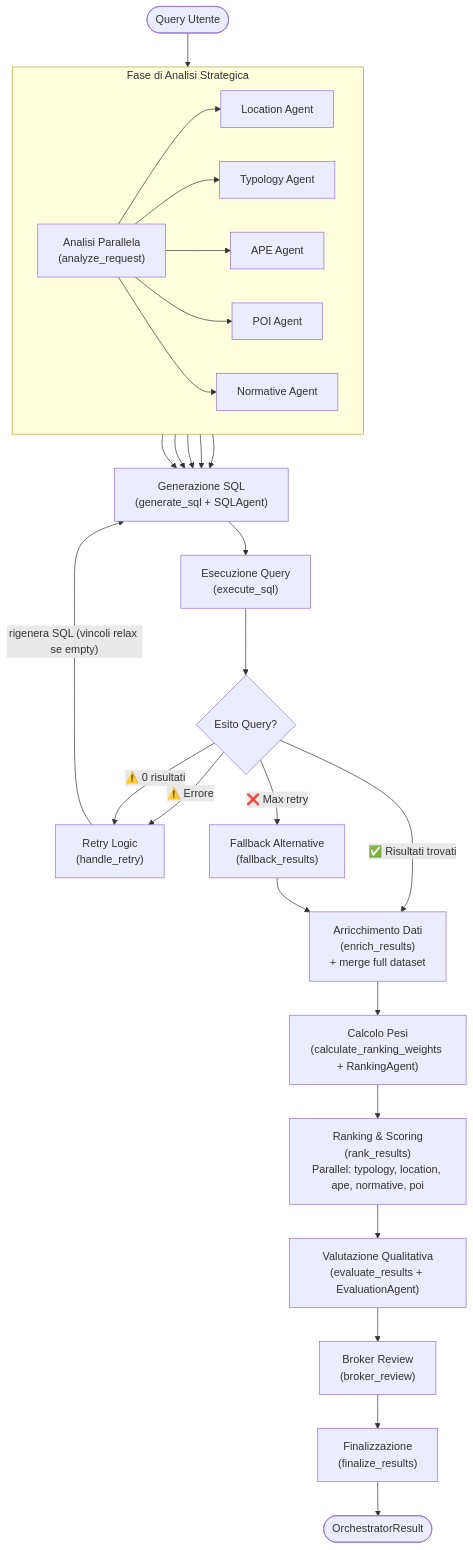
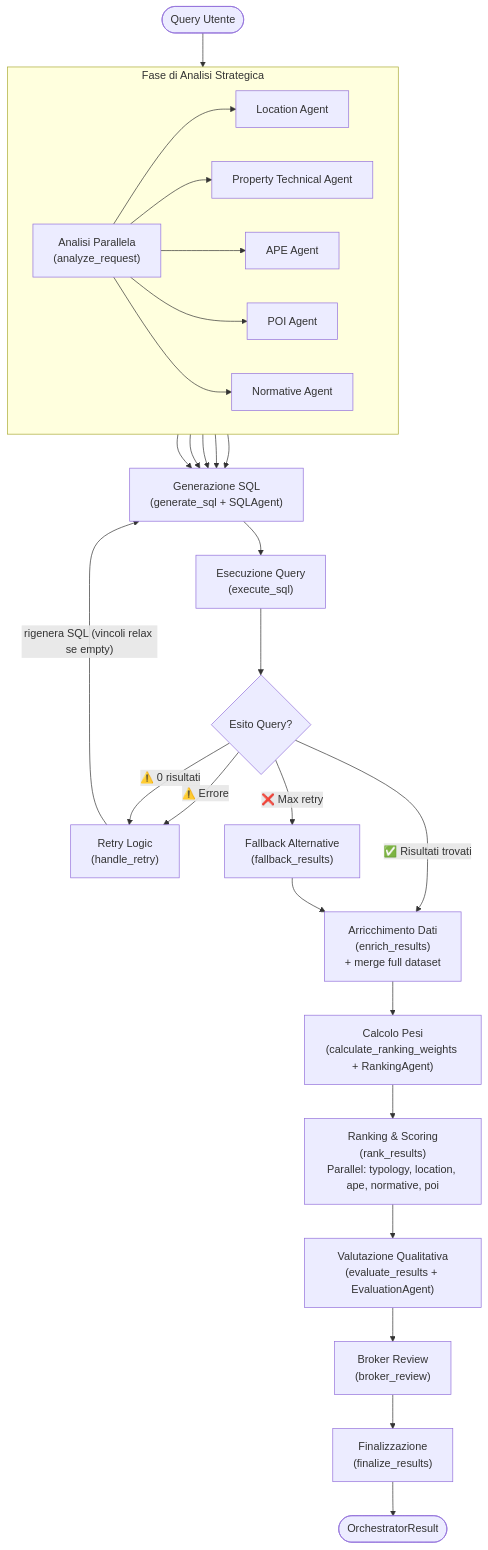
The fourth of 5 diagrams in docs/AGENT_ARCHITECTURE.md (dbdmg/murena), drawn with Mermaid before and after one commit. The commit also changed other lines of this file and 31 other files, not shown here.

Commit message:
feat: Replace Typology Agent with Property Technical Agent and update synthetic test suite.

````diff
--- a/docs/AGENT_ARCHITECTURE.md
+++ b/docs/AGENT_ARCHITECTURE.md
@@ -144,50 +145,50 @@
 ```mermaid
 flowchart TB
     %% ====== Nodi principali ======
     U([Query Utente])
     
     subgraph PHASE1["Fase di Analisi Strategica"]
       direction LR
       A["Analisi Parallela\n(analyze_request)"]
       LA["Location Agent"]
-      TA["Typology Agent"]
+      TA["Property Technical Agent"]
       AA["APE Agent"]
       PA["POI Agent"]
       NO["Normative Agent"]
 
       A --> LA
       A --> TA
       A --> AA
       A --> PA
       A --> NO
     end
 
     G["Generazione SQL\n(generate_sql + SQLAgent)"]
     E["Esecuzione Query\n(execute_sql)"]
     C{"Esito Query?"}
     R["Retry Logic\n(handle_retry)"]
     ENR["Arricchimento Dati\n(enrich_results)\n+ merge full dataset"]
     CW["Calcolo Pesi\n(calculate_ranking_weights + RankingAgent)"]
     RK["Ranking & Scoring\n(rank_results)\nParallel: typology, location, ape, normative, poi"]
     EV["Valutazione Qualitativa\n(evaluate_results + EvaluationAgent)"]
     BR["Broker Review\n(broker_review)"]
     F["Finalizzazione\n(finalize_results)"]
     FB["Fallback Alternative\n(fallback_results)"]
     OUT([OrchestratorResult])
 
     %% ====== Flusso ======
     U --> A
     LA --> G
     TA --> G
     AA --> G
     PA --> G
     NO --> G
     G --> E --> C
     C -->|"✅ Risultati trovati"| ENR
     C -->|"⚠️ Errore"| R
     C -->|"⚠️ 0 risultati"| R
     R -->|"rigenera SQL (vincoli relax se empty)"| G
     C -->|"❌ Max retry"| FB
     FB --> ENR
     ENR --> CW --> RK --> EV --> BR --> F --> OUT
 ```
````
